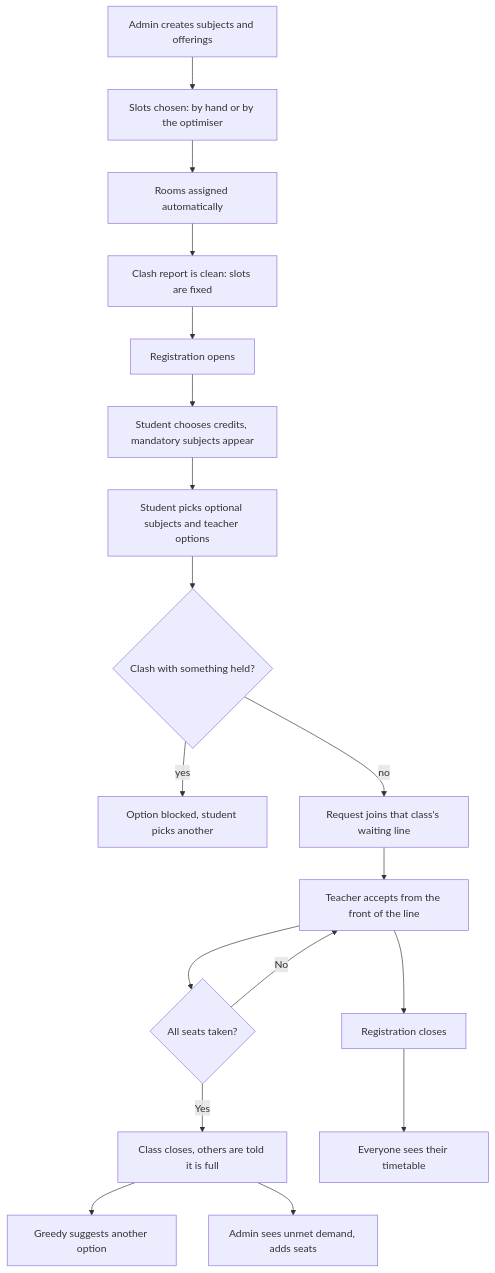
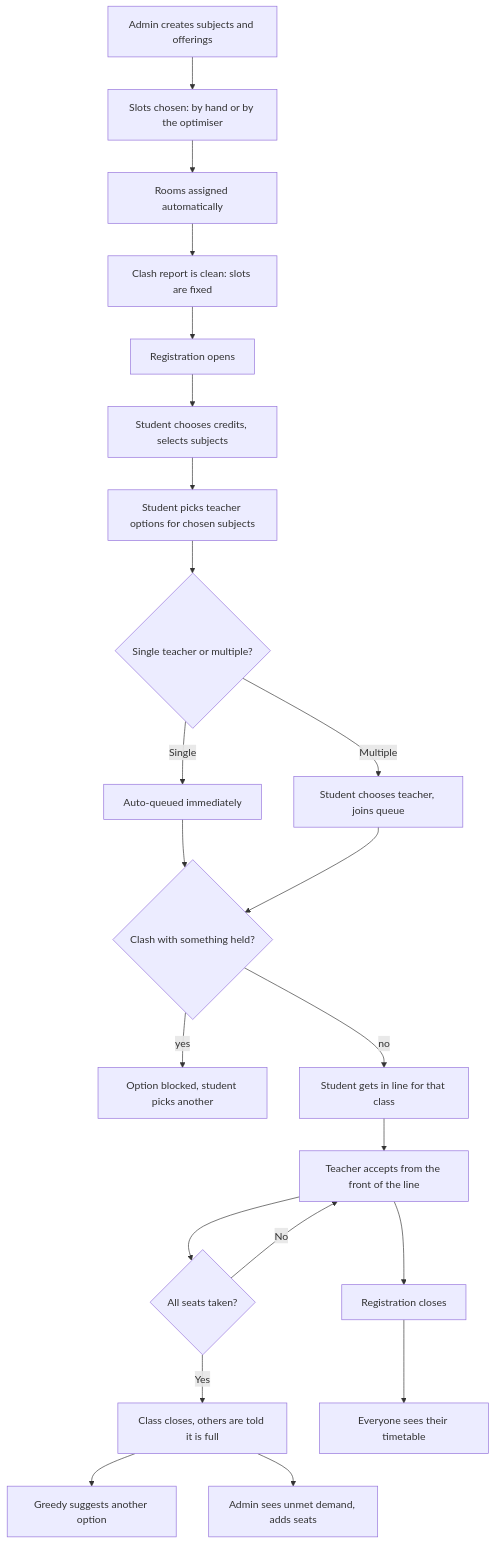
Before and after one commit to Anvita-13/scheduling-management-system: the first of 2 diagrams in WORKFLOW.md, drawn with Mermaid. The commit also changed other lines of this file and 2 other files, not shown here.

````diff
--- a/WORKFLOW.md
+++ b/WORKFLOW.md
@@ -109,20 +105,24 @@
 ```mermaid
 flowchart TD
     A[Admin creates subjects and offerings] --> B[Slots chosen: by hand or by the optimiser]
     B --> C[Rooms assigned automatically]
     C --> D[Clash report is clean: slots are fixed]
     D --> E[Registration opens]
-    E --> F[Student chooses credits, mandatory subjects appear]
-    F --> G[Student picks optional subjects and teacher options]
-    G --> H{Clash with something held?}
-    H -- yes --> I[Option blocked, student picks another]
-    H -- no --> J[Request joins that class's waiting line]
-    J --> K[Teacher accepts from the front of the line]
-    K --> L{All seats taken?}
-    L -- No --> K
-    L -- Yes --> M[Class closes, others are told it is full]
-    M --> N[Greedy suggests another option]
-    M --> O[Admin sees unmet demand, adds seats]
-    K --> P[Registration closes]
-    P --> Q[Everyone sees their timetable]
+    E --> F[Student chooses credits, selects subjects]
+    F --> G[Student picks teacher options for chosen subjects]
+    G --> H{Single teacher or multiple?}
+    H -- Single --> I[Auto-queued immediately]
+    H -- Multiple --> J[Student chooses teacher, joins queue]
+    I --> K{Clash with something held?}
+    J --> K
+    K -- yes --> L[Option blocked, student picks another]
+    K -- no --> M[Student gets in line for that class]
+    M --> N[Teacher accepts from the front of the line]
+    N --> O{All seats taken?}
+    O -- No --> N
+    O -- Yes --> P[Class closes, others are told it is full]
+    P --> Q[Greedy suggests another option]
+    P --> R[Admin sees unmet demand, adds seats]
+    N --> S[Registration closes]
+    S --> T[Everyone sees their timetable]
 ```
````
